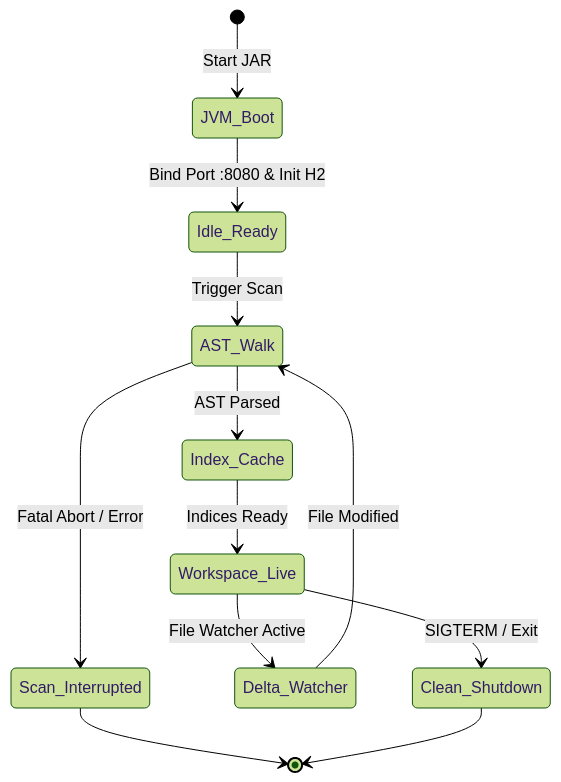
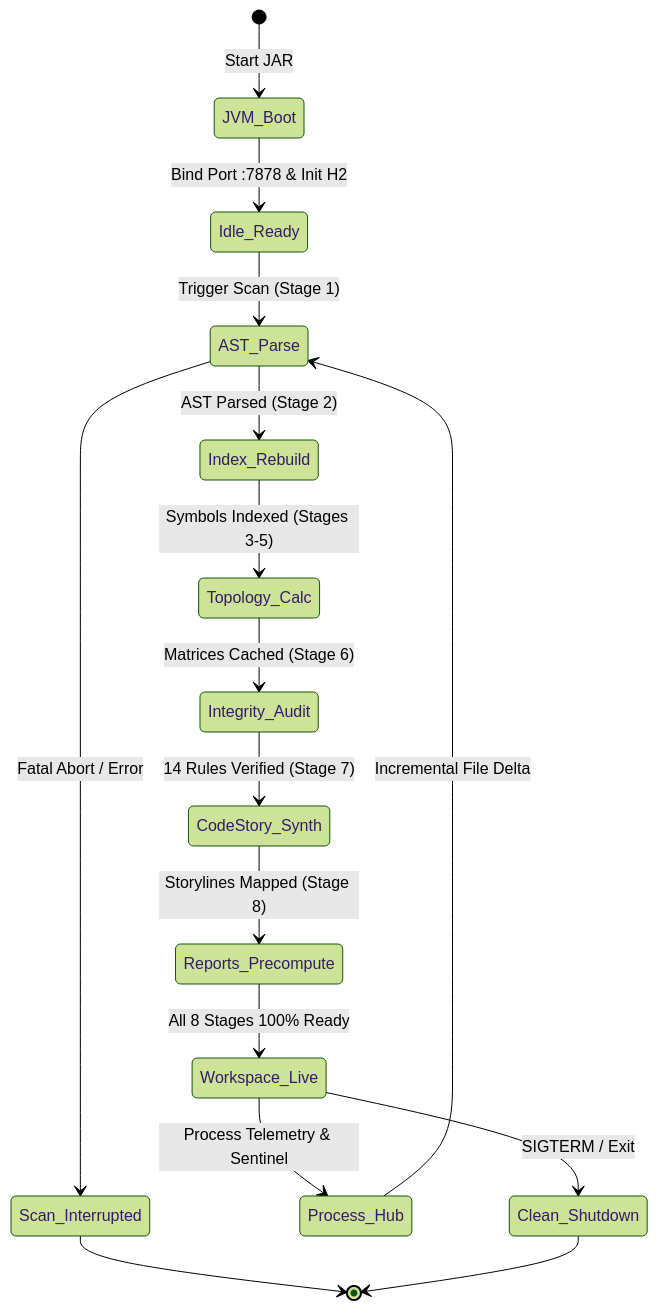
Before and after one commit to manvenpratap/codelens: the fifth of 5 diagrams in PROJECT_CONTEXT.md, drawn with Mermaid (forest theme). The commit also changed other lines of this file and 24 other files, not shown here.

Commit message:
docs: update archify diagrams, readme, project context, and create github wiki suite

````diff
--- a/PROJECT_CONTEXT.md
+++ b/PROJECT_CONTEXT.md
@@ -129,14 +167,18 @@
 ```mermaid
 stateDiagram-v2
     [*] --> JVM_Boot: Start JAR
-    JVM_Boot --> Idle_Ready: Bind Port :8080 & Init H2
-    Idle_Ready --> AST_Walk: Trigger Scan
-    AST_Walk --> Index_Cache: AST Parsed
-    AST_Walk --> Scan_Interrupted: Fatal Abort / Error
+    JVM_Boot --> Idle_Ready: Bind Port :7878 & Init H2
+    Idle_Ready --> AST_Parse: Trigger Scan (Stage 1)
+    AST_Parse --> Index_Rebuild: AST Parsed (Stage 2)
+    Index_Rebuild --> Topology_Calc: Symbols Indexed (Stages 3-5)
+    Topology_Calc --> Integrity_Audit: Matrices Cached (Stage 6)
+    Integrity_Audit --> CodeStory_Synth: 14 Rules Verified (Stage 7)
+    CodeStory_Synth --> Reports_Precompute: Storylines Mapped (Stage 8)
+    Reports_Precompute --> Workspace_Live: All 8 Stages 100% Ready
+    AST_Parse --> Scan_Interrupted: Fatal Abort / Error
     Scan_Interrupted --> [*]
-    Index_Cache --> Workspace_Live: Indices Ready
-    Workspace_Live --> Delta_Watcher: File Watcher Active
-    Delta_Watcher --> AST_Walk: File Modified
+    Workspace_Live --> Process_Hub: Process Telemetry & Sentinel
+    Process_Hub --> AST_Parse: Incremental File Delta
     Workspace_Live --> Clean_Shutdown: SIGTERM / Exit
     Clean_Shutdown --> [*]
 ```
````
